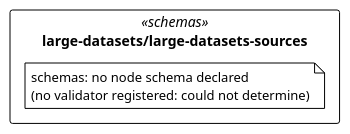
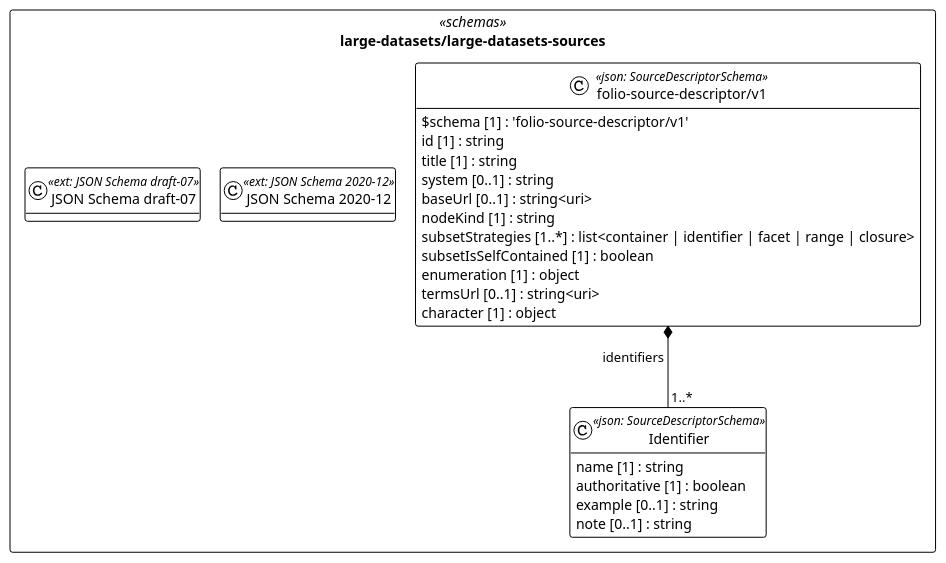
Before and after one commit to litlfred/folio-assistant: the diagram in cat-harness/uml/overview/large-datasets/large-datasets-sources.puml, drawn with PlantUML. The commit also changed 220 other files, not shown here.

First line of the commit message:
quda: register node schemas for the graph kinds that had none

```diff
--- a/cat-harness/uml/overview/large-datasets/large-datasets-sources.puml
+++ b/cat-harness/uml/overview/large-datasets/large-datasets-sources.puml
@@ -3,13 +3,36 @@
 @startuml large_datasets_large_datasets_sources
 !pragma layout elk
 !theme plain
 skinparam classAttributeIconSize 0
 skinparam shadowing false
 skinparam packageStyle rectangle
 hide empty methods
 
 package "large-datasets/large-datasets-sources" as pkg_large_datasets_large_datasets_sources <<schemas>> {
-  note "schemas: no node schema declared\n(no validator registered: could not determine)" as n_large_datasets_large_datasets_sources_schemas
+  class "JSON Schema draft-07" as large_datasets_large_datasets_sources_http___json_schema_org_draft_07_schema_ <<ext: JSON Schema draft-07>> {
+  }
+  class "JSON Schema 2020-12" as large_datasets_large_datasets_sources_https___json_schema_org_draft_2020_12_schema <<ext: JSON Schema 2020-12>> {
+  }
+  class "Identifier" as large_datasets_large_datasets_sources_folio_source_descriptor_v1_Identifier <<json: SourceDescriptorSchema>> {
+    name [1] : string
+    authoritative [1] : boolean
+    example [0..1] : string
+    note [0..1] : string
+  }
+  class "folio-source-descriptor/v1" as large_datasets_large_datasets_sources_folio_source_descriptor_v1_folio_source_descriptor_v1 <<json: SourceDescriptorSchema>> {
+    $schema [1] : 'folio-source-descriptor/v1'
+    id [1] : string
+    title [1] : string
+    system [0..1] : string
+    baseUrl [0..1] : string<uri>
+    nodeKind [1] : string
+    subsetStrategies [1..*] : list<container | identifier | facet | range | closure>
+    subsetIsSelfContained [1] : boolean
+    enumeration [1] : object
+    termsUrl [0..1] : string<uri>
+    character [1] : object
+  }
 }
 
+large_datasets_large_datasets_sources_folio_source_descriptor_v1_folio_source_descriptor_v1 *-- "1..*" large_datasets_large_datasets_sources_folio_source_descriptor_v1_Identifier : identifiers
 @enduml
```
